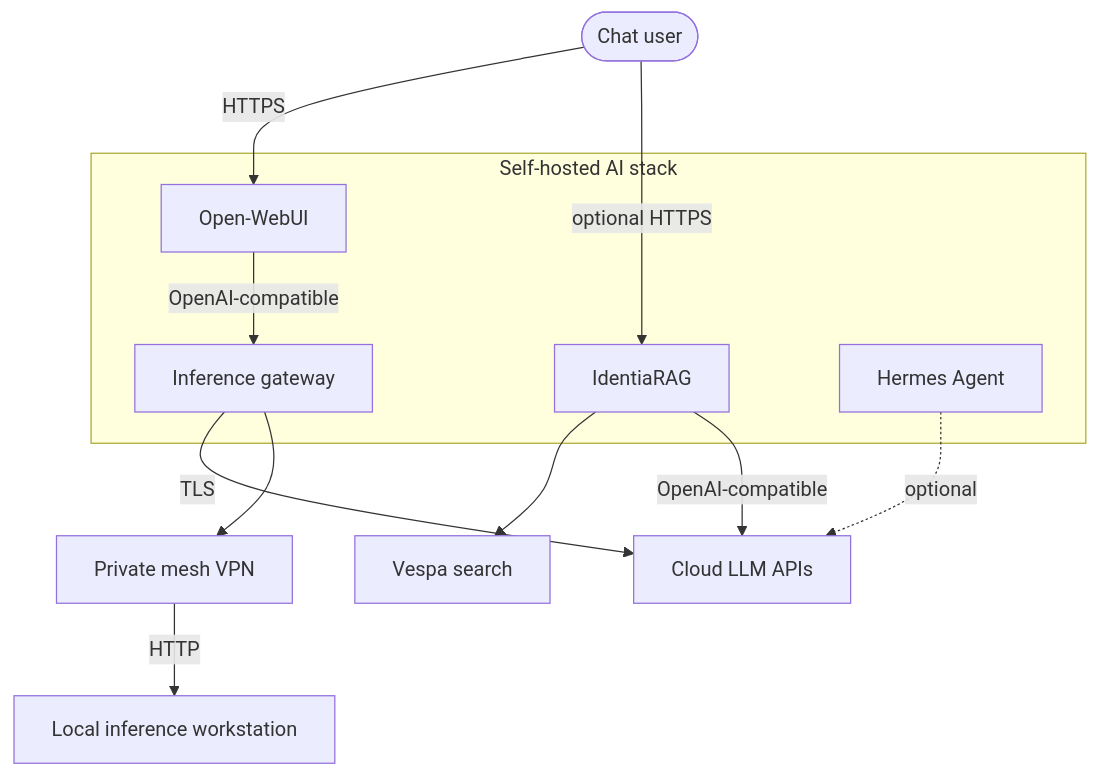
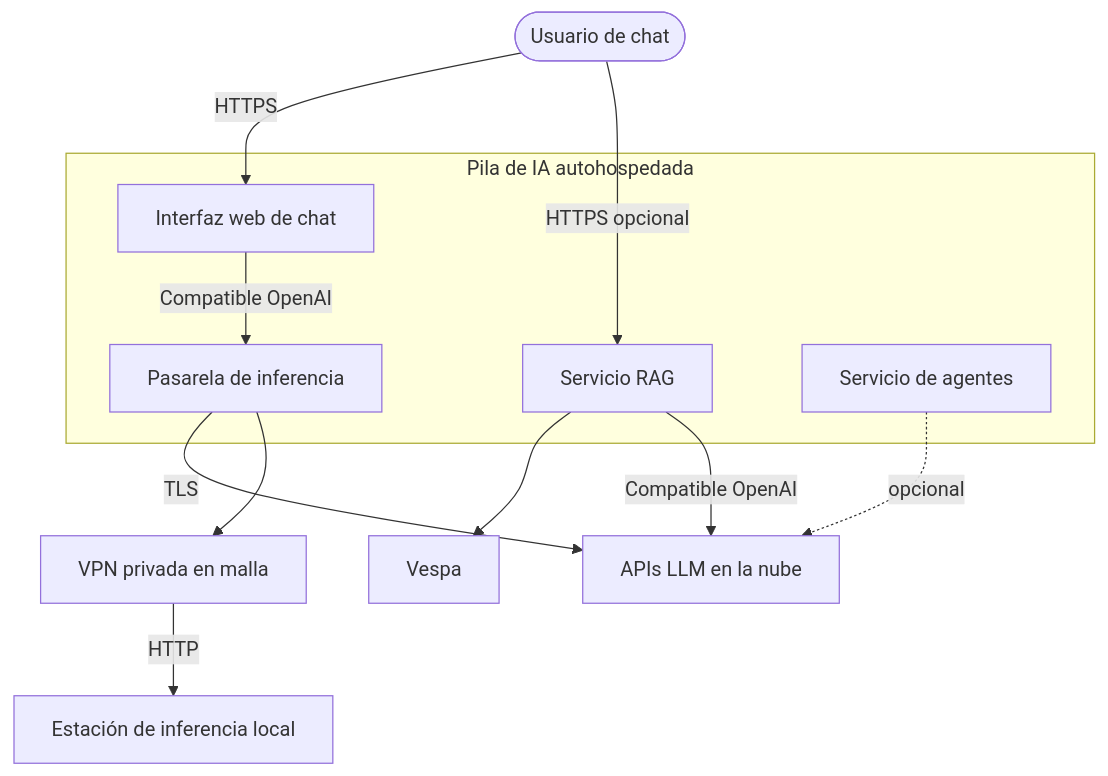
The diagram in docs/as-built/c4-context.md (13g4d0/docu-es), drawn with Mermaid before and after one commit. The commit also changed other lines of this file and 38 other files, not shown here.

````diff
--- a/docs/as-built/c4-context.md
+++ b/docs/as-built/c4-context.md
@@ -5,26 +5,26 @@
 ```mermaid
 flowchart TB
-  user([Chat user])
+  user([Usuario de chat])
 
-  subgraph sol[Self-hosted AI stack]
-    webui[Open-WebUI]
-    rag[IdentiaRAG]
-    gw[Inference gateway]
-    agent[Hermes Agent]
+  subgraph sol[Pila de IA autohospedada]
+    webui[Interfaz web de chat]
+    rag[Servicio RAG]
+    gw[Pasarela de inferencia]
+    agent[Servicio de agentes]
   end
 
-  cloud[Cloud LLM APIs]
-  local[Local inference workstation]
-  mesh[Private mesh VPN]
-  vespa[Vespa search]
+  cloud[APIs LLM en la nube]
+  local[Estación de inferencia local]
+  mesh[VPN privada en malla]
+  vespa[Vespa]
 
   user -->|HTTPS| webui
-  user -->|optional HTTPS| rag
-  webui -->|OpenAI-compatible| gw
+  user -->|HTTPS opcional| rag
+  webui -->|Compatible OpenAI| gw
   gw -->|TLS| cloud
   gw --> mesh
   mesh -->|HTTP| local
   rag --> vespa
-  rag -->|OpenAI-compatible| cloud
-  agent -.->|optional| cloud
+  rag -->|Compatible OpenAI| cloud
+  agent -.->|opcional| cloud
 ```
````
